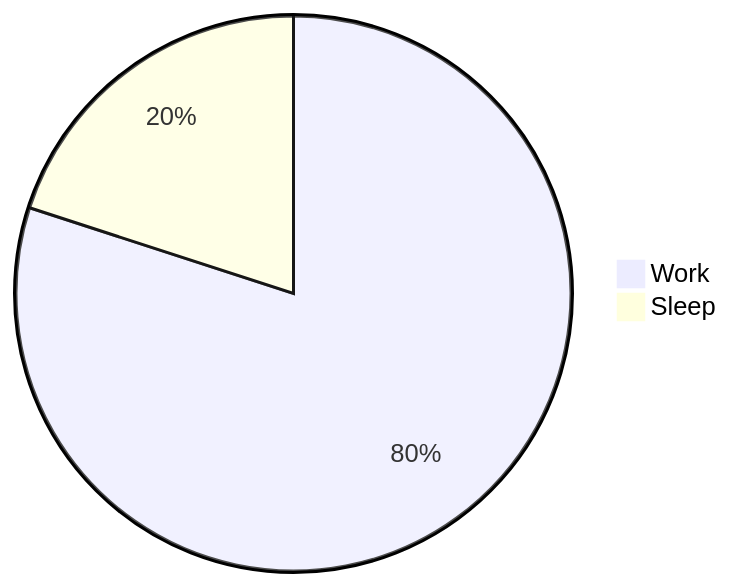
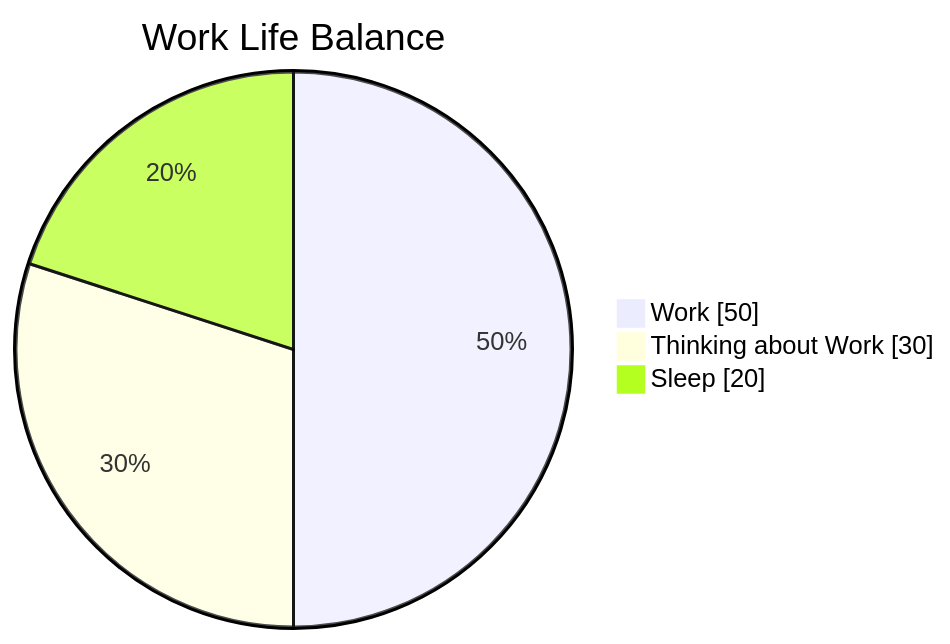
One commit to stu-clarke/stu-clarke changed the first of 2 diagrams in README.md. Above: the diagram before and after it, drawn with Mermaid. The commit also changed other lines of this file, not shown here.

````diff
--- a/README.md
+++ b/README.md
@@ -6,5 +6,7 @@
 ```mermaid
-pie
-"Work" : 80
-"Sleep" : 20
+pie showData
+    title  Work Life Balance
+        "Work" : 50
+        "Thinking about Work" : 30
+        "Sleep" : 20
 ```
````
